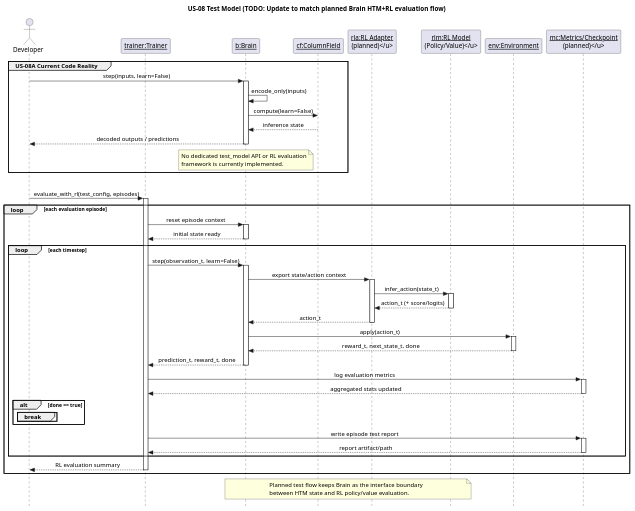
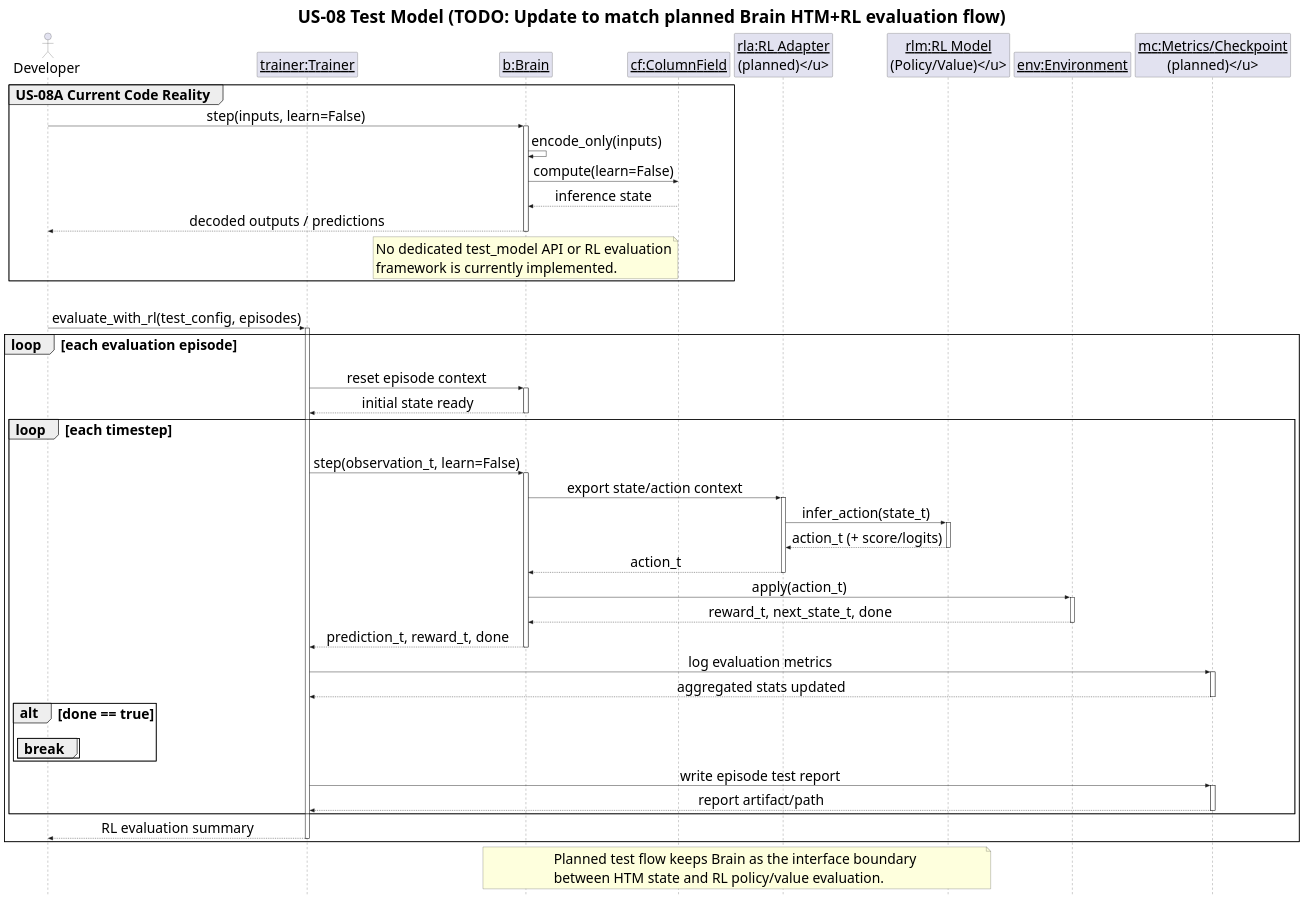
One commit to egrembocki/htmrl changed the diagram in docs/puml/US/us-08.puml. Above: the diagram before and after it, drawn with PlantUML. The commit also changed 23 other files, not shown here.

```diff
--- a/docs/puml/US/us-08.puml
+++ b/docs/puml/US/us-08.puml
@@ -1,86 +1,91 @@
 @startuml
+scale 2000 width
+scale 2000 height
+skinparam TitleFontSize 40
+skinparam ObjectFontSize 30
+skinparam DefaultFontSize 32
 skinparam style strictuml
 skinparam sequenceMessageAlign center
 skinparam responseMessageBelowArrow true
 
 title US-08 Test Model (TODO: Update to match planned Brain HTM+RL evaluation flow)
 
 actor Developer
 participant "<u>trainer:Trainer</u>" as TM
 participant "<u>b:Brain</u>" as BR
 participant "<u>cf:ColumnField</u>" as CF
 participant "<u>rla:RL Adapter\n(planned)</u>" as RLA
 participant "<u>rlm:RL Model\n(Policy/Value)</u>" as RLM
 participant "<u>env:Environment</u>" as ENV
 participant "<u>mc:Metrics/Checkpoint\n(planned)</u>" as MC
 
 group US-08A Current Code Reality
   Developer -> BR: step(inputs, learn=False)
   activate BR
   BR -> BR: encode_only(inputs)
   BR -> CF: compute(learn=False)
   CF --> BR: inference state
   BR --> Developer: decoded outputs / predictions
   deactivate BR
 
   note over BR
   No dedicated test_model API or RL evaluation
   framework is currently implemented.
   end note
 end
 
 group US-08B Planned RL Model Testing Loop (Figure 6-1 / 6-2 Alignment)
   Developer -> TM: evaluate_with_rl(test_config, episodes)
   activate TM
 
   loop each evaluation episode
     TM -> BR: reset episode context
     activate BR
     BR --> TM: initial state ready
     deactivate BR
 
     loop each timestep
       TM -> BR: step(observation_t, learn=False)
       activate BR
       BR -> RLA: export state/action context
       activate RLA
       RLA -> RLM: infer_action(state_t)
       activate RLM
       RLM --> RLA: action_t (+ score/logits)
       deactivate RLM
       RLA --> BR: action_t
       deactivate RLA
 
       BR -> ENV: apply(action_t)
       activate ENV
       ENV --> BR: reward_t, next_state_t, done
       deactivate ENV
 
       BR --> TM: prediction_t, reward_t, done
       deactivate BR
 
       TM -> MC: log evaluation metrics
       activate MC
       MC --> TM: aggregated stats updated
       deactivate MC
 
       alt done == true
         break
       end
     end
 
     TM -> MC: write episode test report
     activate MC
     MC --> TM: report artifact/path
     deactivate MC
   end
 
   TM --> Developer: RL evaluation summary
   deactivate TM
 end
 
 note over BR,RLM
 Planned test flow keeps Brain as the interface boundary
 between HTM state and RL policy/value evaluation.
 end note
 @enduml
```
